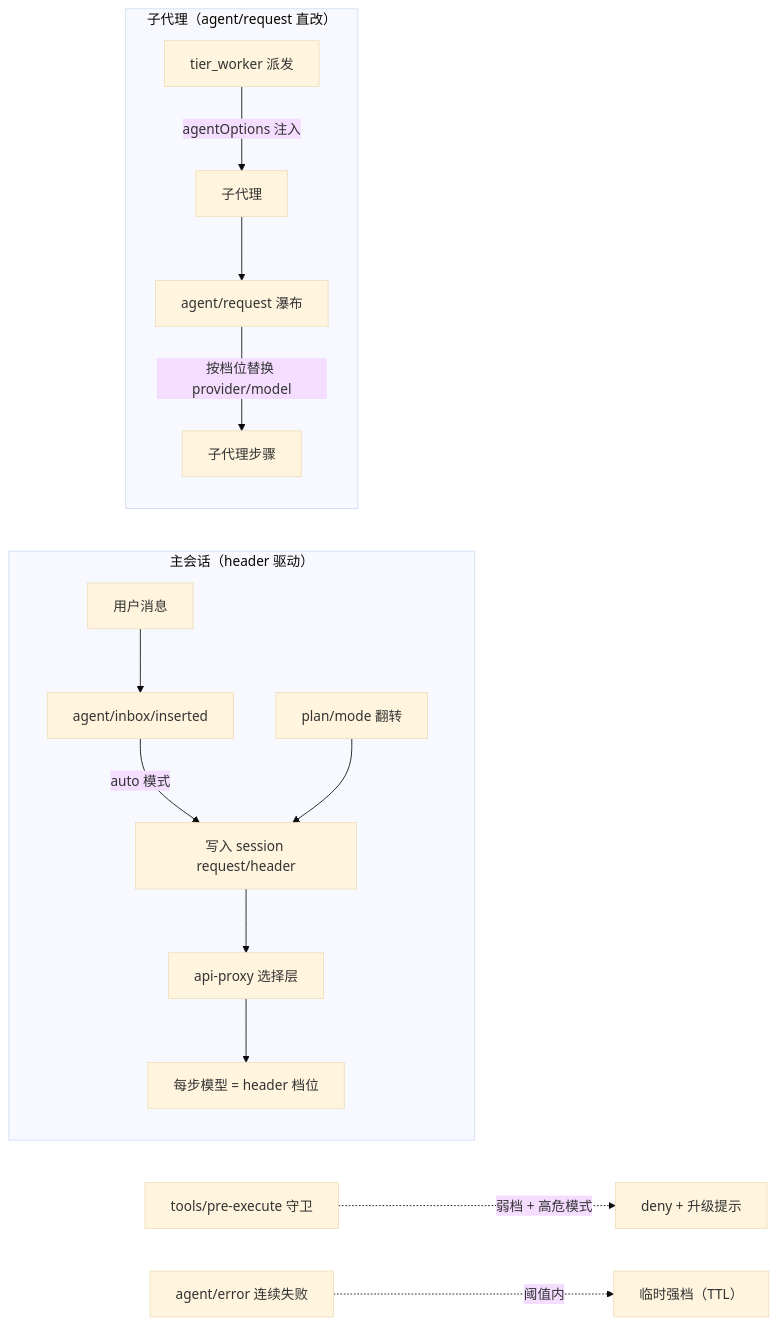
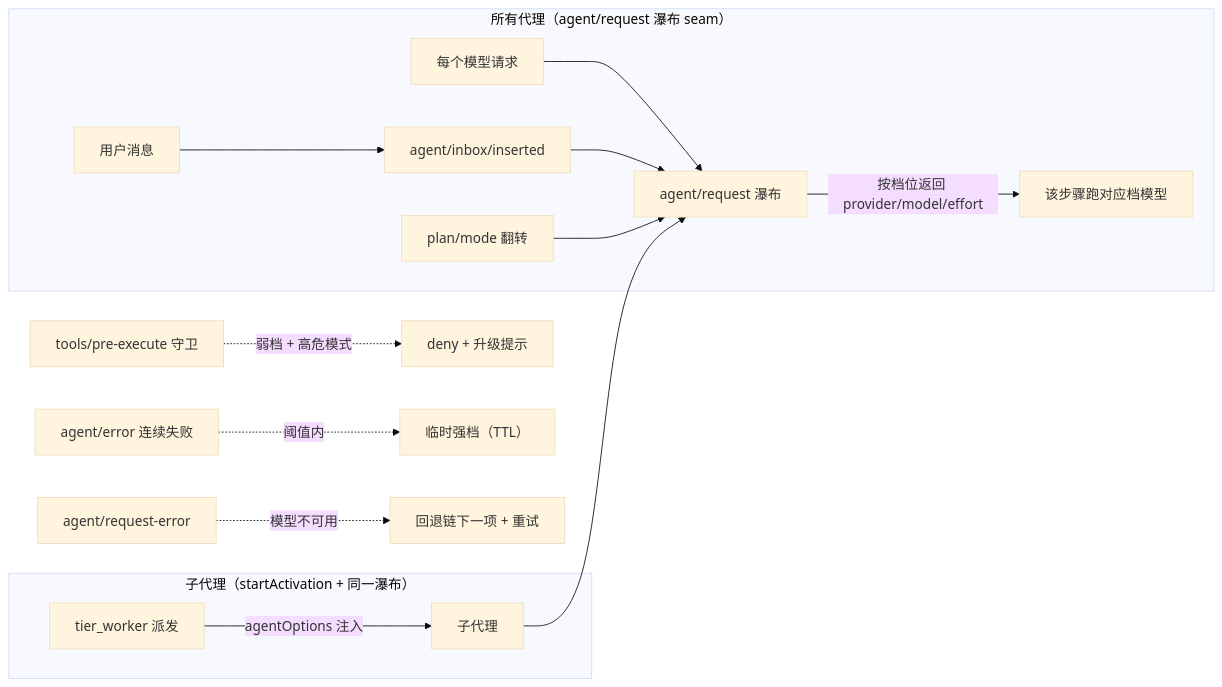
Before and after one commit to 20genesis14-sys/dsh-tier-orchestrator: the first of 2 diagrams in README.zh.md, drawn with Mermaid (base theme). The commit also changed other lines of this file and 33 other files, not shown here.

````diff
--- a/README.zh.md
+++ b/README.zh.md
@@ -15,17 +15,17 @@
 ```mermaid
 flowchart LR
-    subgraph main["主会话（header 驱动）"]
+    subgraph main["所有代理（agent/request 瀑布 seam）"]
       U["用户消息"] --> IN["agent/inbox/inserted"]
-      IN -->|"auto 模式"| HW["写入 session request/header"]
-      PM["plan/mode 翻转"] --> HW
-      HW --> API["api-proxy 选择层"]
-      API --> STEP["每步模型 = header 档位"]
+      STEP0["每个模型请求"] --> AR["agent/request 瀑布"]
+      IN --> AR
+      PM["plan/mode 翻转"] --> AR
+      AR -->|"按档位返回 provider/model/effort"| STEP["该步骤跑对应档模型"]
     end
-    subgraph child["子代理（agent/request 直改）"]
+    subgraph child["子代理（startActivation + 同一瀑布）"]
       W["tier_worker 派发"] -->|"agentOptions 注入"| C["子代理"]
-      C --> AR["agent/request 瀑布"]
-      AR -->|"按档位替换 provider/model"| STEP2["子代理步骤"]
+      C --> AR
     end
     G["tools/pre-execute 守卫"] -.->|"弱档 + 高危模式"| DENY["deny + 升级提示"]
     E["agent/error 连续失败"] -.->|"阈值内"| ESC["临时强档（TTL）"]
+    FE["agent/request-error"] -.->|"模型不可用"| FB["回退链下一项 + 重试"]
 ```
````
